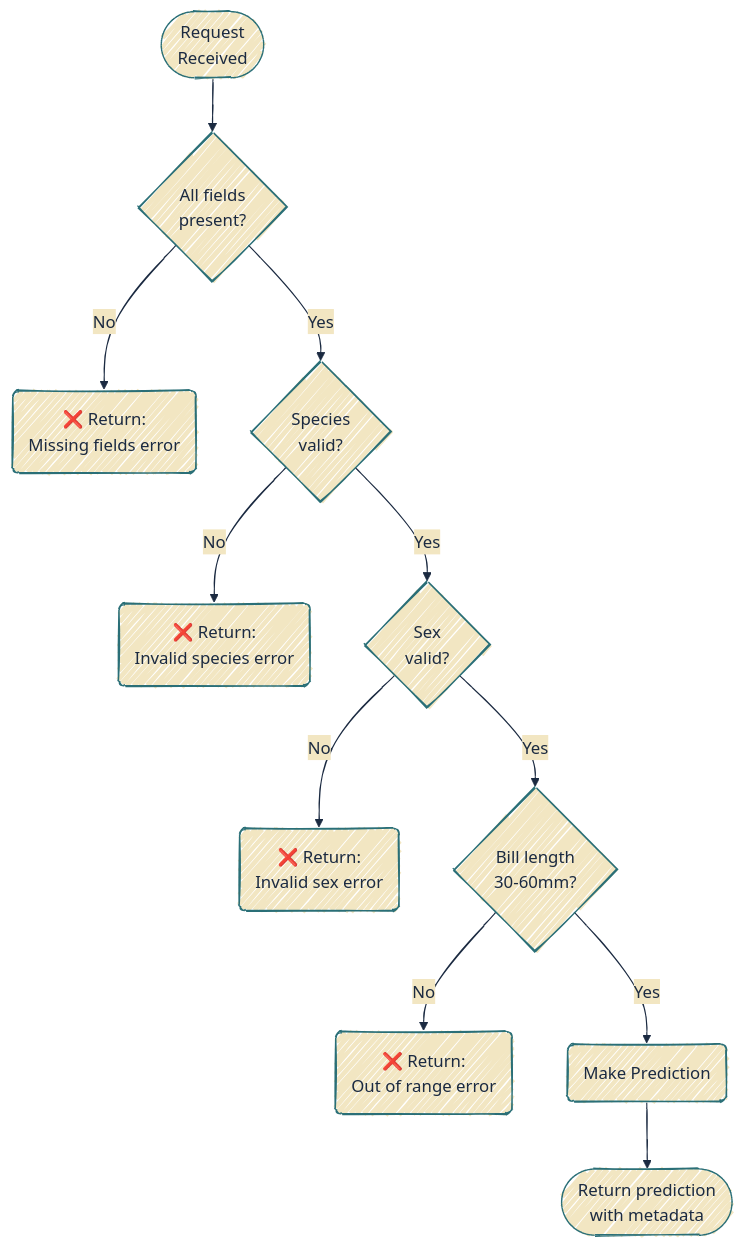
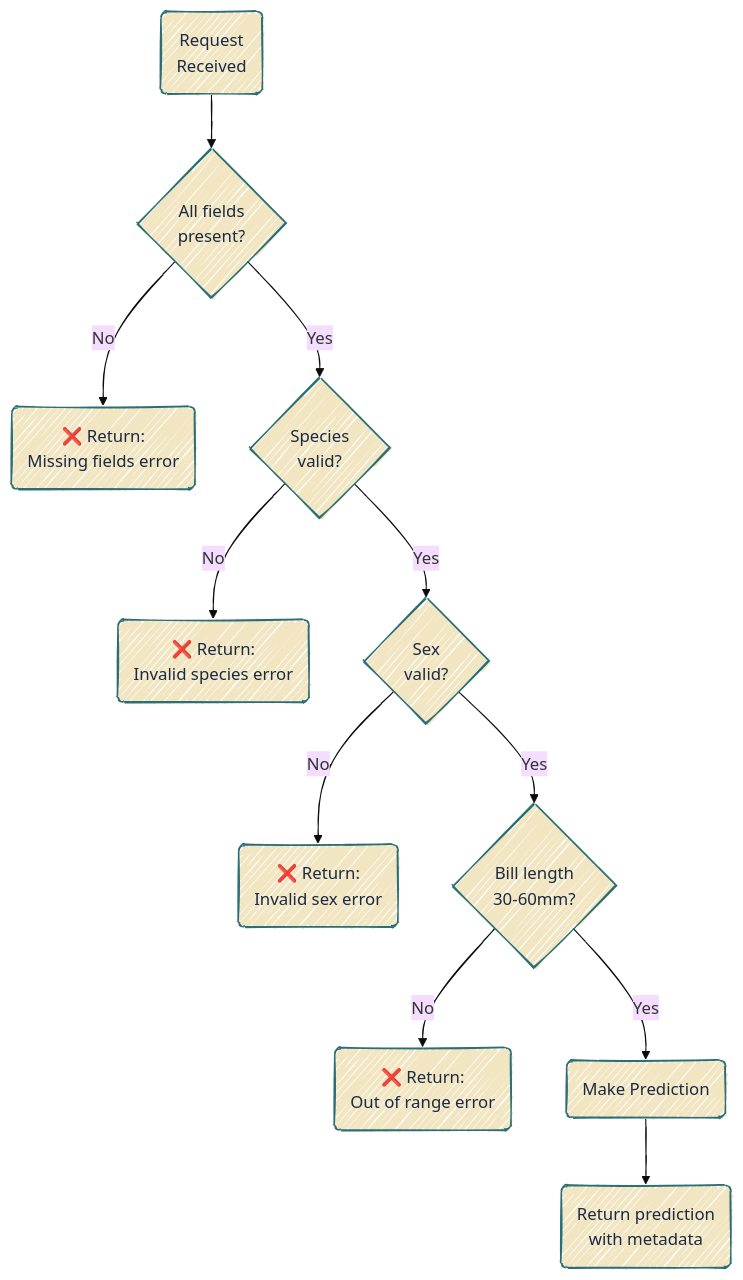
Before and after one commit to mjfrigaard/do4ds-labs: the fifth of 7 diagrams in plumber.qmd, drawn with Mermaid. The commit also changed other lines of this file and 37 other files, not shown here.

Commit message:
updates to mermaid

````diff
--- a/plumber.qmd
+++ b/plumber.qmd
@@ -1033,27 +1043,28 @@
 ```{mermaid}
 %%| fig-width: 7.0
 %%| fig-align: center
-%%{init: {'theme': 'base', 'look': 'handDrawn', 'themeVariables': { 'fontFamily': 'monospace', 'primaryColor': '#F2E6C2', 'primaryBorderColor': '#2A6F77', 'primaryTextColor': '#1B2A41', 'secondaryColor': '#d4e7e4', 'tertiaryColor': '#f5f0e4', 'lineColor': '#1B2A41', 'edgeLabelBackground': '#F2E6C2'}}}%%
+%%{init: {'theme': 'base', 'look': 'handDrawn', 'themeVariables': {'fontFamily': 'monospace'}}}%%
 
 graph TD
-    Start(["Request<br>Received"])
+    Start("Request<br>Received")
     
-    Start --> Check1{All fields<br/>present?}
-    Check1 -->|No| Error1("❌ Return:<br/>Missing fields error")
-    Check1 -->|Yes| Check2{Species<br/>valid?}
+    Start --> Check1{All fields<br>present?}
+    Check1 -->|No| Error1("❌ Return:<br>Missing fields error")
+    Check1 -->|Yes| Check2{Species<br>valid?}
     
-    Check2 -->|No| Error2("❌ Return:<br/>Invalid species error")
-    Check2 -->|Yes| Check3{Sex<br/>valid?}
+    Check2 -->|No| Error2("❌ Return:<br>Invalid species error")
+    Check2 -->|Yes| Check3{Sex<br>valid?}
     
-    Check3 -->|No| Error3("❌ Return:<br/>Invalid sex error")
-    Check3 -->|Yes| Check4{Bill length<br/>30-60mm?}
+    Check3 -->|No| Error3("❌ Return:<br>Invalid sex error")
+    Check3 -->|Yes| Check4{Bill length<br>30-60mm?}
     
-    Check4 -->|No| Error4("❌ Return:<br/>Out of range error")
+    Check4 -->|No| Error4("❌ Return:<br>Out of range error")
     Check4 -->|Yes| Predict("Make Prediction")
     
-    Predict --> Success(["Return prediction<br/>with metadata"])
+    Predict --> Success("Return prediction<br>with metadata")
+    classDef default fill:#F2E6C2,stroke:#2A6F77,color:#1B2A41
     
     
     
     
 ```
````
